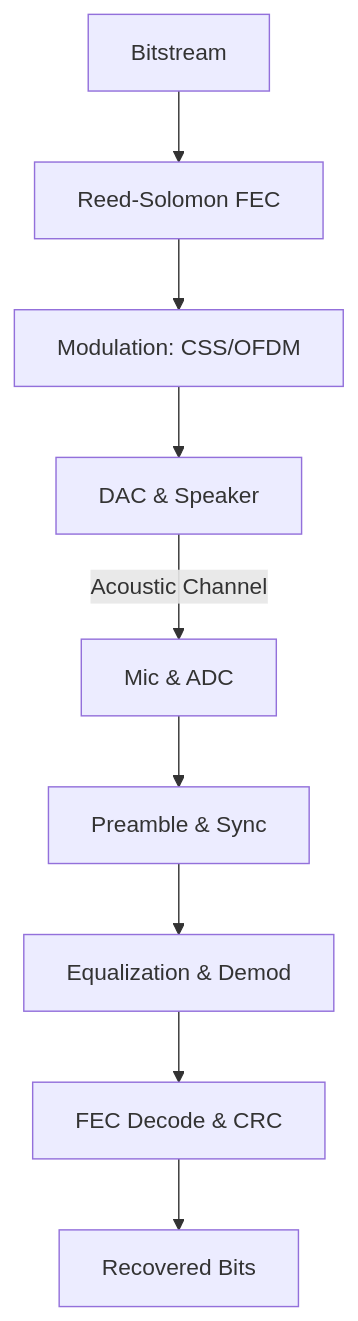
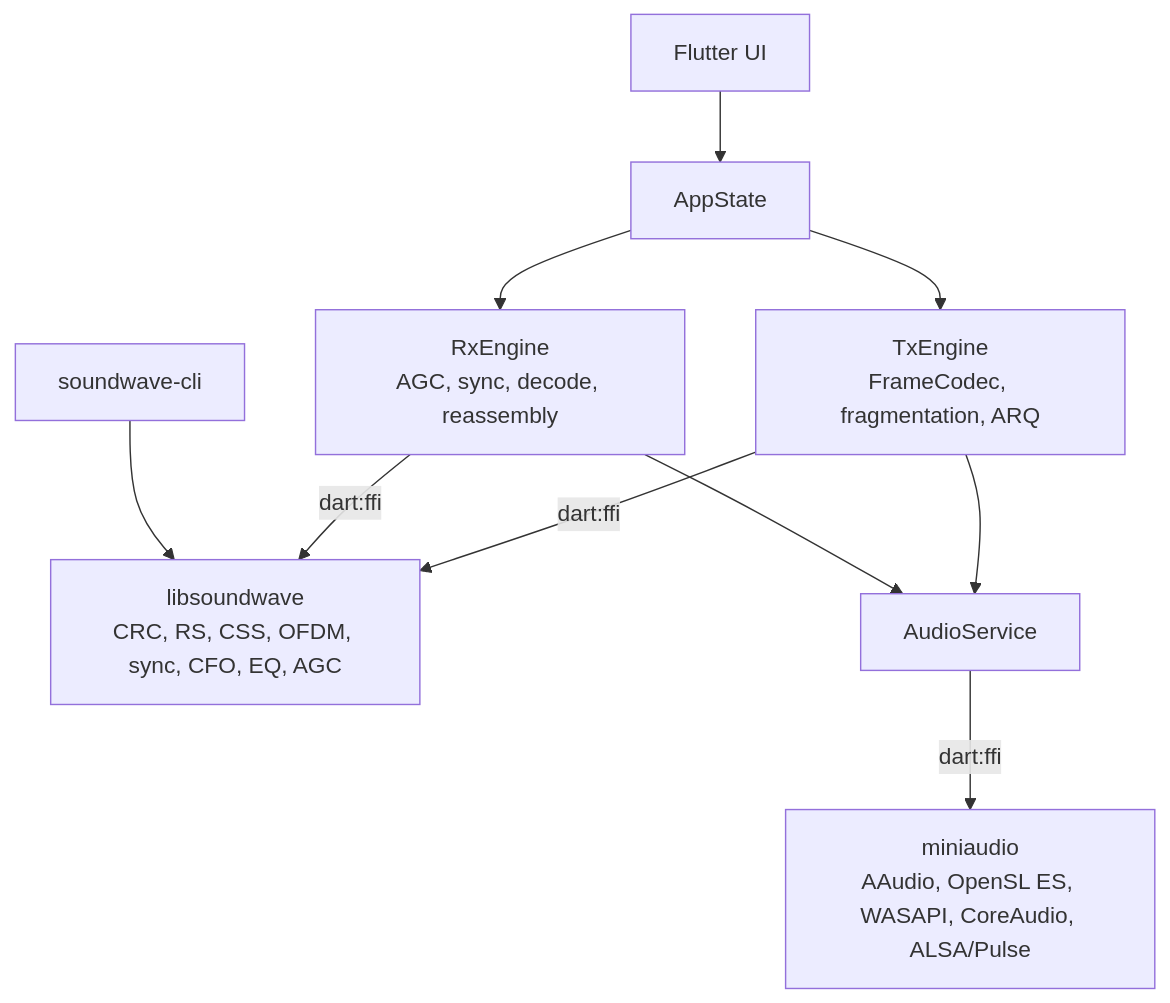
Before and after one commit to PxA-Labs/ultrasonic-phy-layer: the diagram in README.md, drawn with Mermaid. The commit also changed other lines of this file, not shown here.

````diff
--- a/README.md
+++ b/README.md
@@ -51,11 +114,12 @@
 ```mermaid
 graph TD
-    A[Bitstream] --> B[Reed-Solomon FEC]
-    B --> C[Modulation: CSS/OFDM]
-    C --> D[DAC & Speaker]
-    D -->|Acoustic Channel| E[Mic & ADC]
-    E --> F[Preamble & Sync]
-    F --> G[Equalization & Demod]
-    G --> H[FEC Decode & CRC]
-    H --> I[Recovered Bits]
+    UI[Flutter UI] --> State[AppState]
+    State --> TX[TxEngine<br/>FrameCodec, fragmentation, ARQ]
+    State --> RX[RxEngine<br/>AGC, sync, decode, reassembly]
+    TX -->|dart:ffi| Core[libsoundwave<br/>CRC, RS, CSS, OFDM, sync, CFO, EQ, AGC]
+    RX -->|dart:ffi| Core
+    TX --> Audio[AudioService]
+    RX --> Audio
+    Audio -->|dart:ffi| MA[miniaudio<br/>AAudio, OpenSL ES, WASAPI, CoreAudio, ALSA/Pulse]
+    CLI[soundwave-cli] --> Core
 ```
````
